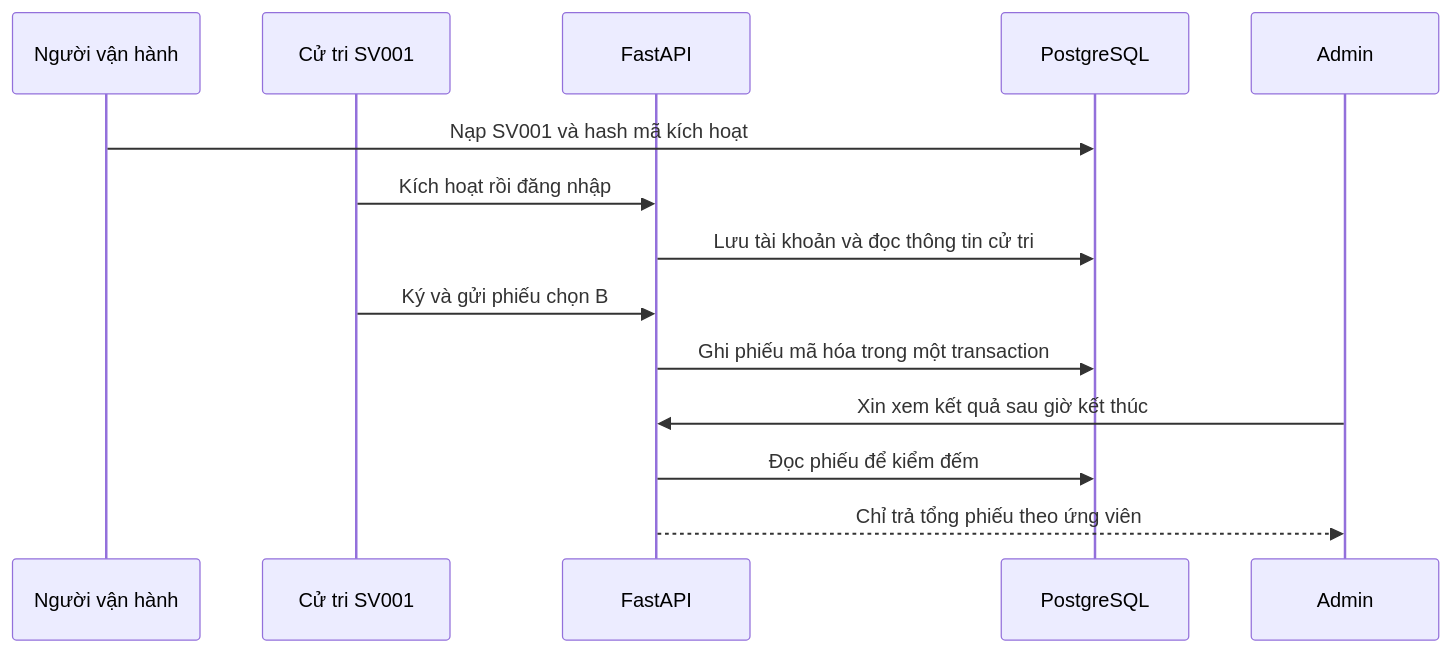
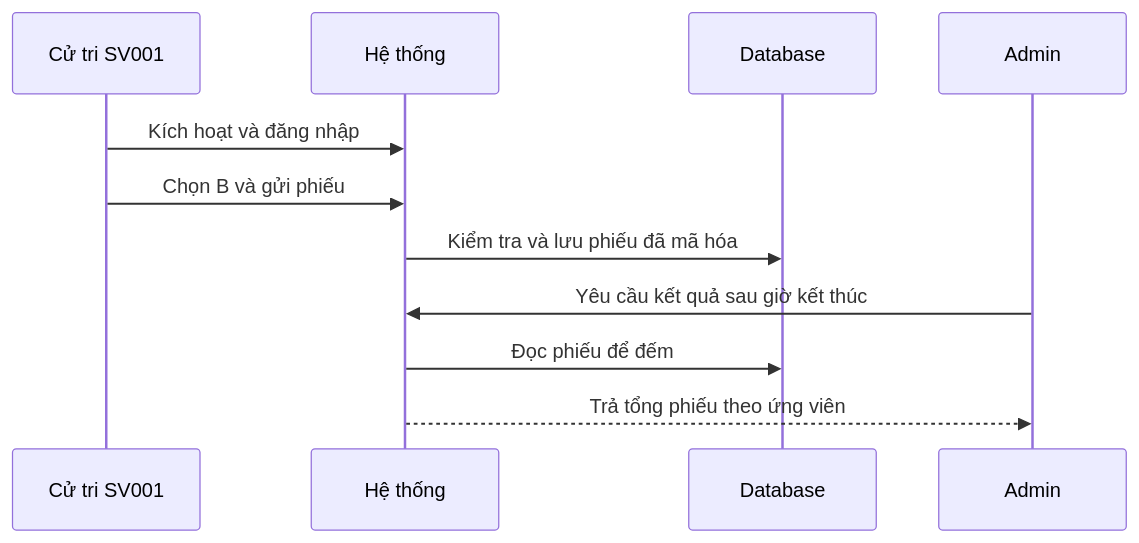
Before and after one commit to lam-vu6868/lab3_evoting: the first of 11 diagrams in docs/BCao.md, drawn with Mermaid. The commit also changed other lines of this file, not shown here.

````diff
--- a/docs/BCao.md
+++ b/docs/BCao.md
@@ -9,16 +9,13 @@
 ```mermaid
 sequenceDiagram
-    participant NV as Người vận hành
     participant CT as Cử tri SV001
-    participant API as FastAPI
-    participant DB as PostgreSQL
+    participant HT as Hệ thống
+    participant DB as Database
     participant AD as Admin
-    NV->>DB: Nạp SV001 và hash mã kích hoạt
-    CT->>API: Kích hoạt rồi đăng nhập
-    API->>DB: Lưu tài khoản và đọc thông tin cử tri
-    CT->>API: Ký và gửi phiếu chọn B
-    API->>DB: Ghi phiếu mã hóa trong một transaction
-    AD->>API: Xin xem kết quả sau giờ kết thúc
-    API->>DB: Đọc phiếu để kiểm đếm
-    API-->>AD: Chỉ trả tổng phiếu theo ứng viên
+    CT->>HT: Kích hoạt và đăng nhập
+    CT->>HT: Chọn B và gửi phiếu
+    HT->>DB: Kiểm tra và lưu phiếu đã mã hóa
+    AD->>HT: Yêu cầu kết quả sau giờ kết thúc
+    HT->>DB: Đọc phiếu để đếm
+    HT-->>AD: Trả tổng phiếu theo ứng viên
 ```
````
